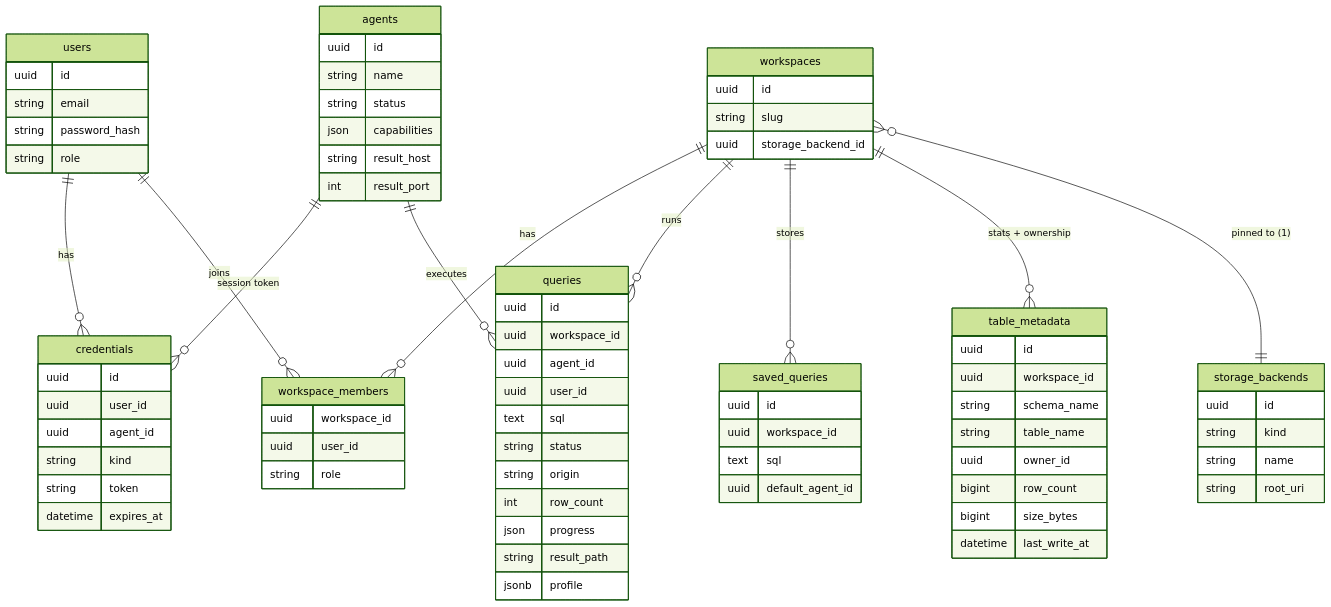
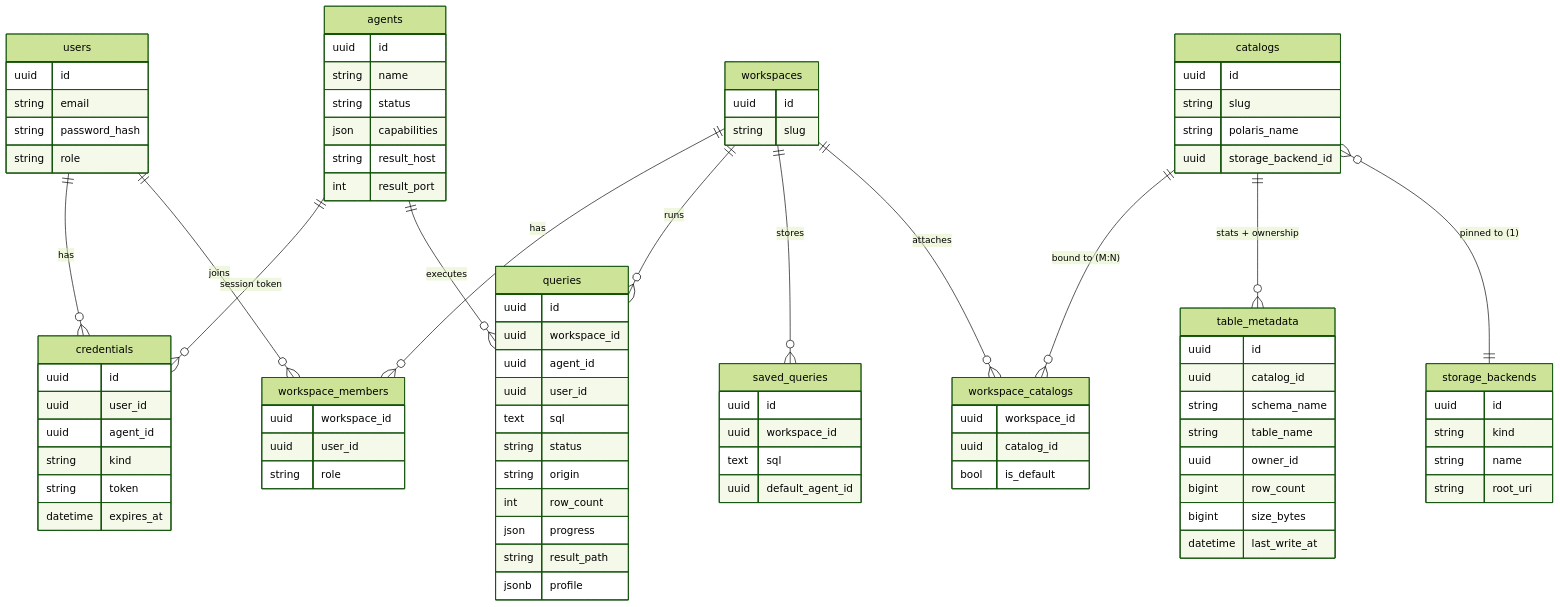
The second of 4 diagrams in docs/concepts/architecture.md (tamasmrtn/duckhaven), drawn with Mermaid (forest theme) before and after one commit. The commit also changed other lines of this file and 6 other files, not shown here.

First line of the commit message:
Document decoupled multi-catalog workspaces

```diff
--- a/docs/concepts/architecture.md
+++ b/docs/concepts/architecture.md
@@ -322,8 +322,10 @@
     workspaces ||--o{ workspace_members : has
     workspaces ||--o{ queries : runs
     workspaces ||--o{ saved_queries : stores
-    workspaces ||--o{ table_metadata : "stats + ownership"
-    workspaces }o--|| storage_backends : "pinned to (1)"
+    workspaces ||--o{ workspace_catalogs : attaches
+    catalogs ||--o{ workspace_catalogs : "bound to (M:N)"
+    catalogs ||--o{ table_metadata : "stats + ownership"
+    catalogs }o--|| storage_backends : "pinned to (1)"
     agents ||--o{ credentials : "session token"
     agents ||--o{ queries : executes
 
@@ -344,7 +346,17 @@
     workspaces {
         uuid id
         string slug
+    }
+    catalogs {
+        uuid id
+        string slug
+        string polaris_name
         uuid storage_backend_id
+    }
+    workspace_catalogs {
+        uuid workspace_id
+        uuid catalog_id
+        bool is_default
     }
     workspace_members {
         uuid workspace_id
@@ -386,7 +398,7 @@
     }
     table_metadata {
         uuid id
-        uuid workspace_id
+        uuid catalog_id
         string schema_name
         string table_name
         uuid owner_id
```
